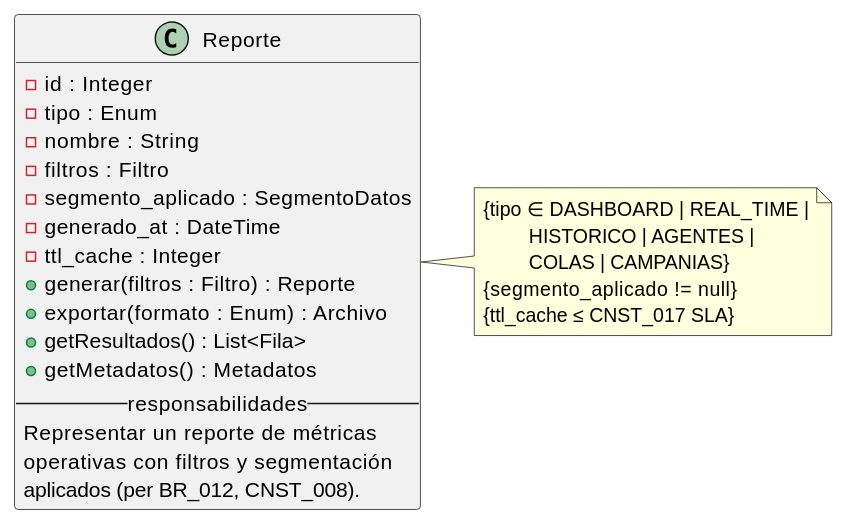
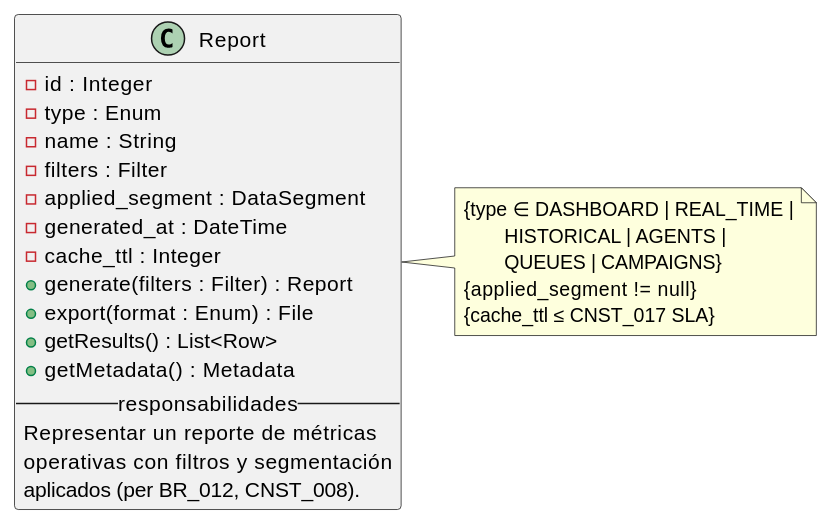
Before and after one commit to jcg-admin/IACT-docs: the diagram in source/requisitos/_metodologia-aplicacion/analisis-dominio/ejemplo-completo-clase-reporte.rst, drawn with PlantUML. The commit also changed 21 other files, not shown here.

```diff
--- a/source/requisitos/_metodologia-aplicacion/analisis-dominio/ejemplo-completo-clase-reporte.rst
+++ b/source/requisitos/_metodologia-aplicacion/analisis-dominio/ejemplo-completo-clase-reporte.rst
@@ -4,29 +4,29 @@
 .. uml::
 
    @startuml
 
-   class Reporte {
+   class Report {
      - id : Integer
-     - tipo : Enum
-     - nombre : String
-     - filtros : Filtro
-     - segmento_aplicado : SegmentoDatos
-     - generado_at : DateTime
-     - ttl_cache : Integer
-     + generar(filtros : Filtro) : Reporte
-     + exportar(formato : Enum) : Archivo
-     + getResultados() : List<Fila>
-     + getMetadatos() : Metadatos
+     - type : Enum
+     - name : String
+     - filters : Filter
+     - applied_segment : DataSegment
+     - generated_at : DateTime
+     - cache_ttl : Integer
+     + generate(filters : Filter) : Report
+     + export(format : Enum) : File
+     + getResults() : List<Row>
+     + getMetadata() : Metadata
      -- responsabilidades --
      Representar un reporte de métricas
      operativas con filtros y segmentación
      aplicados (per BR_012, CNST_008).
    }
-   note right of Reporte
-     {tipo ∈ DASHBOARD | REAL_TIME |
-              HISTORICO | AGENTES |
-              COLAS | CAMPANIAS}
-     {segmento_aplicado != null}
-     {ttl_cache ≤ CNST_017 SLA}
+   note right of Report
+     {type ∈ DASHBOARD | REAL_TIME |
+             HISTORICAL | AGENTS |
+             QUEUES | CAMPAIGNS}
+     {applied_segment != null}
+     {cache_ttl ≤ CNST_017 SLA}
    end note
    @enduml
```
